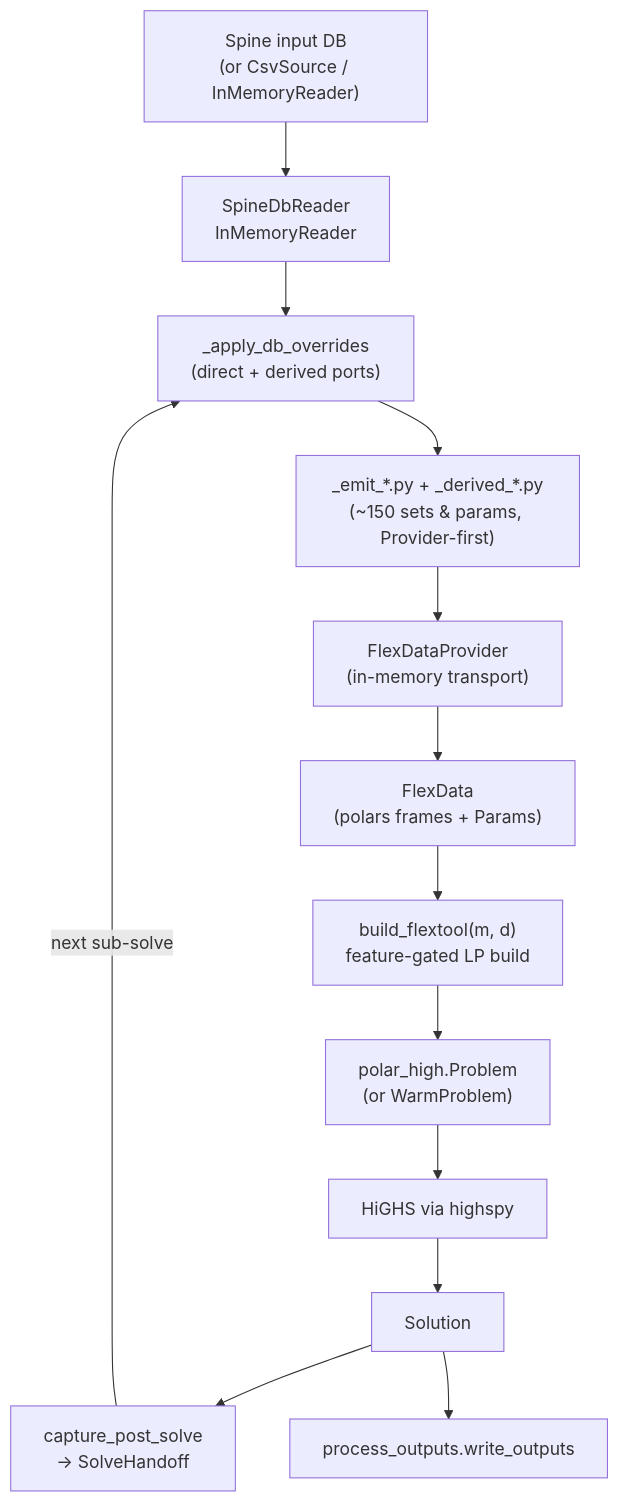
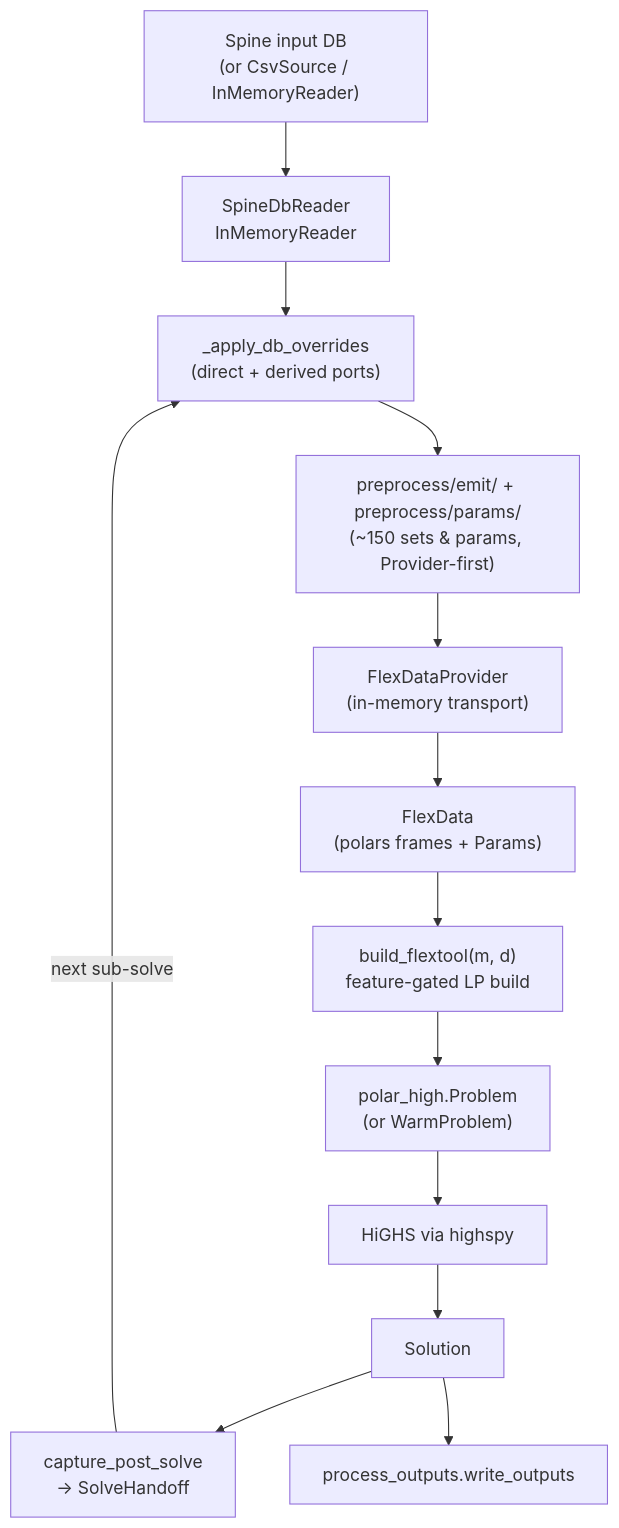
The diagram in docs/dev/engine.md (irena-flextool/flextool), drawn with Mermaid before and after one commit. The commit also changed other lines of this file and 8 other files, not shown here.

````diff
--- a/docs/dev/engine.md
+++ b/docs/dev/engine.md
@@ -26,15 +27,15 @@
 ```mermaid
 flowchart TD
   src["Spine input DB<br/>(or CsvSource / InMemoryReader)"] --> reader
   reader["SpineDbReader<br/>InMemoryReader"] --> overlay
   overlay["_apply_db_overrides<br/>(direct + derived ports)"] --> emit
-  emit["_emit_*.py + _derived_*.py<br/>(~150 sets &amp; params, Provider-first)"] --> provider["FlexDataProvider<br/>(in-memory transport)"]
+  emit["preprocess/emit/ + preprocess/params/<br/>(~150 sets &amp; params, Provider-first)"] --> provider["FlexDataProvider<br/>(in-memory transport)"]
   provider --> flex["FlexData<br/>(polars frames + Params)"]
   flex --> build["build_flextool(m, d)<br/>feature-gated LP build"]
   build --> prob["polar_high.Problem<br/>(or WarmProblem)"]
   prob --> highs["HiGHS via highspy"]
   highs --> sol["Solution"]
   sol --> capture["capture_post_solve<br/>→ SolveHandoff"]
   capture -->|next sub-solve| overlay
   sol --> outputs["process_outputs.write_outputs"]
 ```
````
